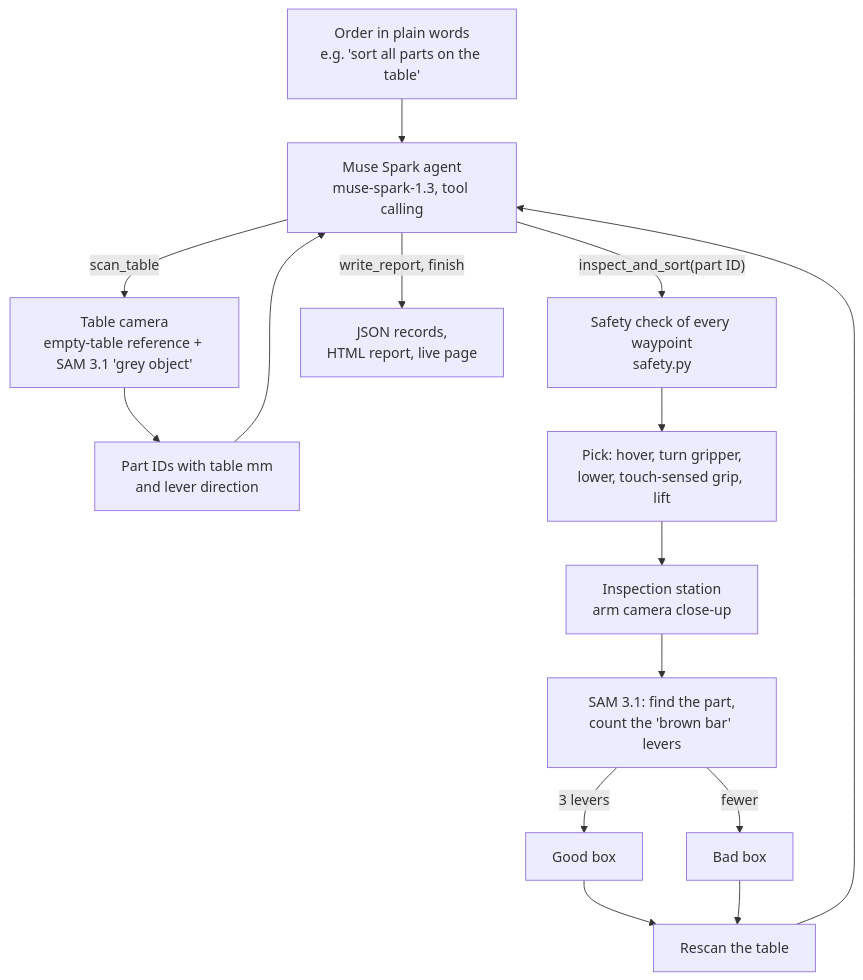
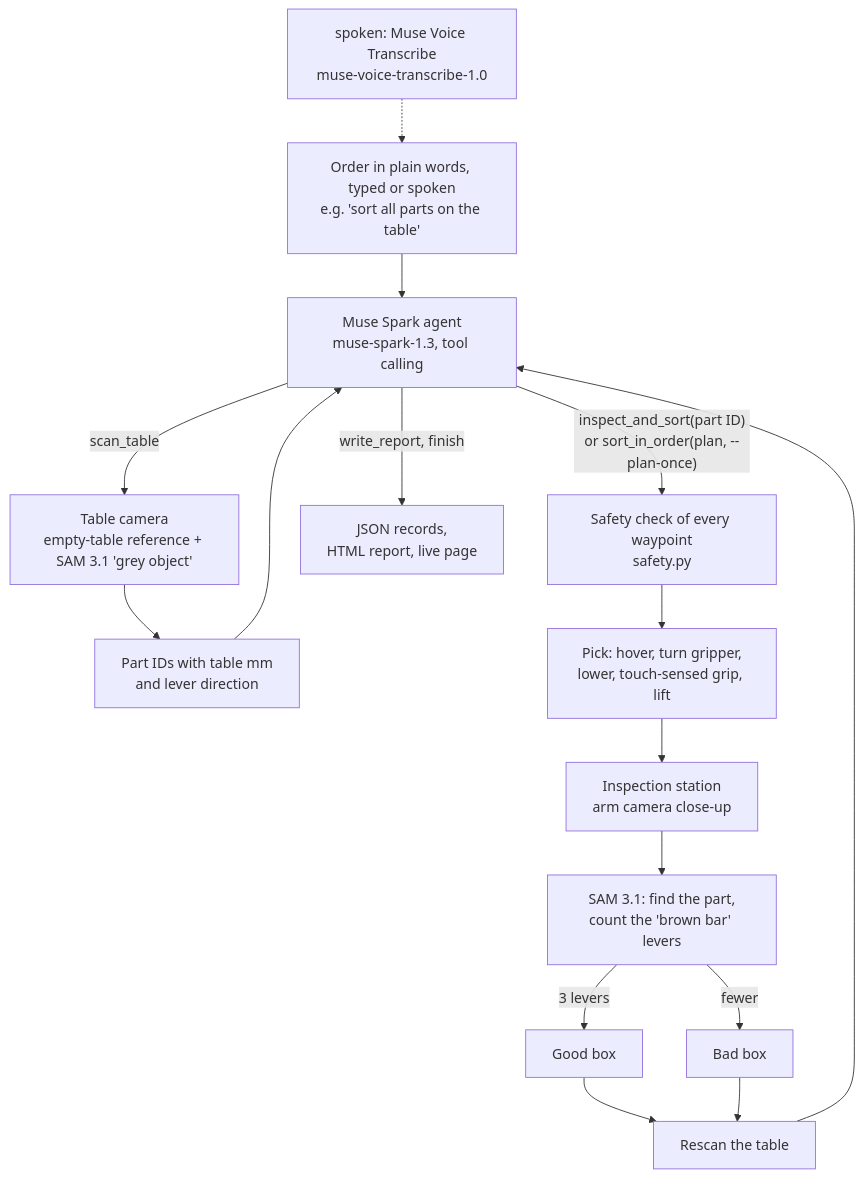
The diagram in README.md (StefanRohringer/muse-qc-cell), drawn with Mermaid before and after one commit. The commit also changed other lines of this file and 10 other files, not shown here.

````diff
--- a/README.md
+++ b/README.md
@@ -71,17 +71,18 @@
 ```mermaid
 flowchart TD
-    A["Order in plain words<br/>e.g. 'sort all parts on the table'"] --> B["Muse Spark agent<br/>muse-spark-1.3, tool calling"]
+    A["Order in plain words, typed or spoken<br/>e.g. 'sort all parts on the table'"] --> B["Muse Spark agent<br/>muse-spark-1.3, tool calling"]
+    V["spoken: Muse Voice Transcribe<br/>muse-voice-transcribe-1.0"] -.-> A
     B -->|scan_table| C["Table camera<br/>empty-table reference + SAM 3.1 'grey object'"]
     C --> D["Part IDs with table mm<br/>and lever direction"]
     D --> B
-    B -->|"inspect_and_sort(part ID)"| E["Safety check of every waypoint<br/>safety.py"]
+    B -->|"inspect_and_sort(part ID)<br/>or sort_in_order(plan, --plan-once)"| E["Safety check of every waypoint<br/>safety.py"]
     E --> F["Pick: hover, turn gripper,<br/>lower, touch-sensed grip, lift"]
     F --> G["Inspection station<br/>arm camera close-up"]
     G --> H["SAM 3.1: find the part,<br/>count the 'brown bar' levers"]
     H -->|3 levers| I["Good box"]
     H -->|fewer| J["Bad box"]
     I --> K["Rescan the table"]
     J --> K
     K --> B
     B -->|"write_report, finish"| L["JSON records,<br/>HTML report, live page"]
 ```
````
